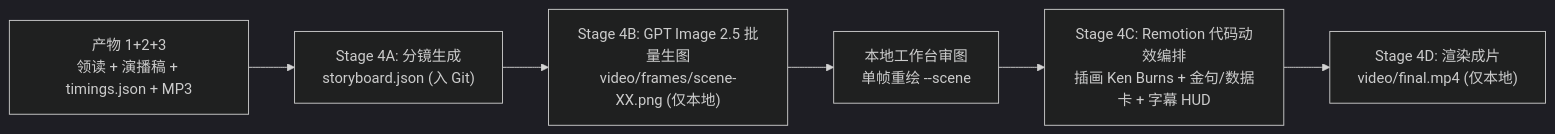
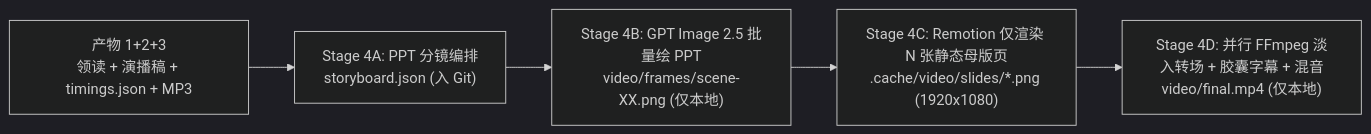
The diagram in docs/video-production-design.md (liujuntao123/deepread-hub), drawn with Mermaid (dark theme) before and after one commit. The commit also changed other lines of this file and 12 other files, not shown here.

Commit message:
feat(video): upgrade to hand-drawn PPT slides, zero-redundant-frame 1080p renderer, and interactive workbench video view

````diff
--- a/docs/video-production-design.md
+++ b/docs/video-production-design.md
@@ -11,8 +11,7 @@
 ```mermaid
 flowchart LR
-    A["产物 1+2+3<br/>领读 + 演播稿 + timings.json + MP3"] --> B["Stage 4A: 分镜生成<br/>storyboard.json (入 Git)"]
-    B --> C["Stage 4B: GPT Image 2.5 批量生图<br/>video/frames/scene-XX.png (仅本地)"]
-    C --> D["本地工作台审图<br/>单帧重绘 --scene"]
-    D --> E["Stage 4C: Remotion 代码动效编排<br/>插画 Ken Burns + 金句/数据卡 + 字幕 HUD"]
-    E --> F["Stage 4D: 渲染成片<br/>video/final.mp4 (仅本地)"]
+    A["产物 1+2+3<br/>领读 + 演播稿 + timings.json + MP3"] --> B["Stage 4A: PPT 分镜编排<br/>storyboard.json (入 Git)"]
+    B --> C["Stage 4B: GPT Image 2.5 批量绘 PPT<br/>video/frames/scene-XX.png (仅本地)"]
+    C --> D["Stage 4C: Remotion 仅渲染 N 张静态母版页<br/>.cache/video/slides/*.png (1920x1080)"]
+    D --> E["Stage 4D: 并行 FFmpeg 淡入转场 + 胶囊字幕 + 混音<br/>video/final.mp4 (仅本地)"]
 ```
````
